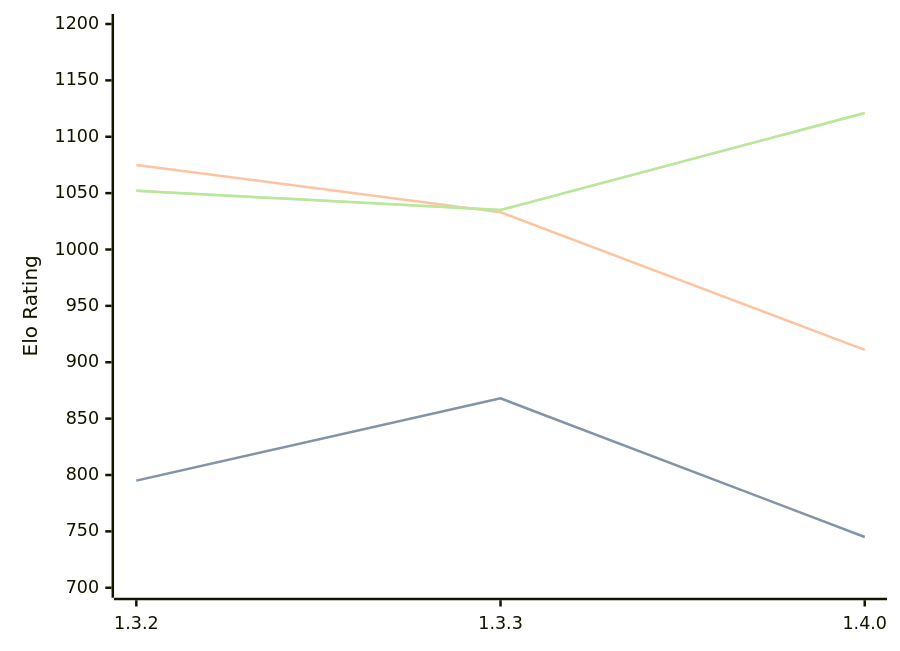
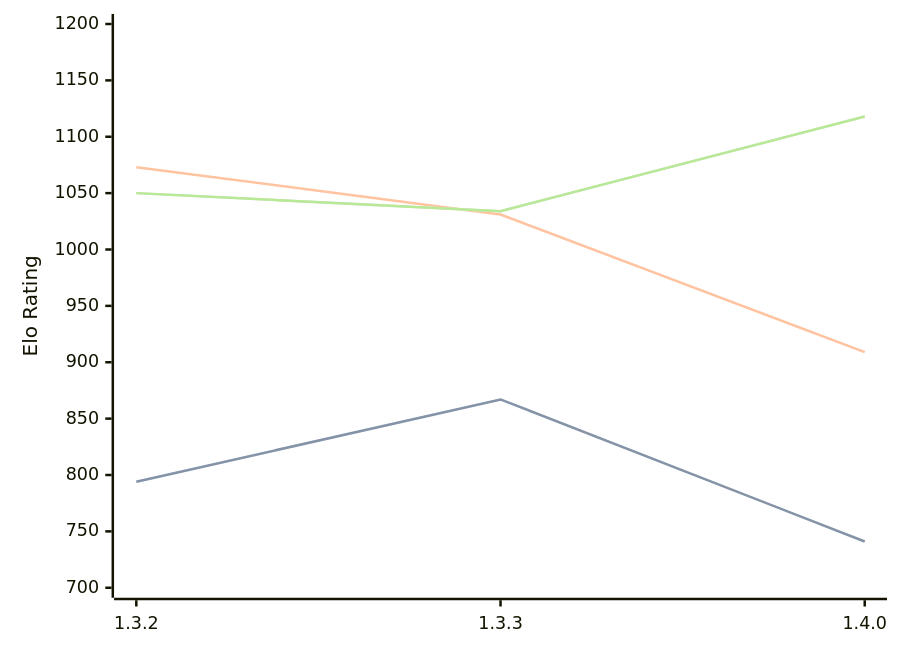
The diagram in engines/Whitespine.md (computer-chess-index/cci), drawn with Mermaid before and after one commit. The commit also changed other lines of this file, not shown here.

Commit message:
Update CCI Ratings (ELO VLTC) - 2026-05-18

````diff
--- a/engines/Whitespine.md
+++ b/engines/Whitespine.md
@@ -36,11 +36,11 @@
 ```mermaid
 %%{init: {"theme":"base","themeVariables":{"seriesColors:['#a3a3a3','#222221','#faa371']}}}%%
 xychart-beta
   x-axis ["1.3.2", "1.3.3", "1.4.0"]
   y-axis "Elo Rating" 700 --> 1200
-  line "STC (8.0+0.08s)" [795, 868, 745]
-  line "STC (8.0+0.08s)" [795, 868, 745]
-  line "LTC (60.0+0.60s)" [1075, 1033, 911]
-  line "VLTC (2m24s+1.12s)" [1052, 1035, 1121]
-  line "VLTC (2m24s+1.12s)" [1052, 1035, 1121]
+  line "STC (8.0+0.08s)" [794, 867, 741]
+  line "STC (8.0+0.08s)" [794, 867, 741]
+  line "LTC (60.0+0.60s)" [1073, 1031, 909]
+  line "VLTC (2m24s+1.12s)" [1050, 1034, 1118]
+  line "VLTC (2m24s+1.12s)" [1050, 1034, 1118]
 ```
````
